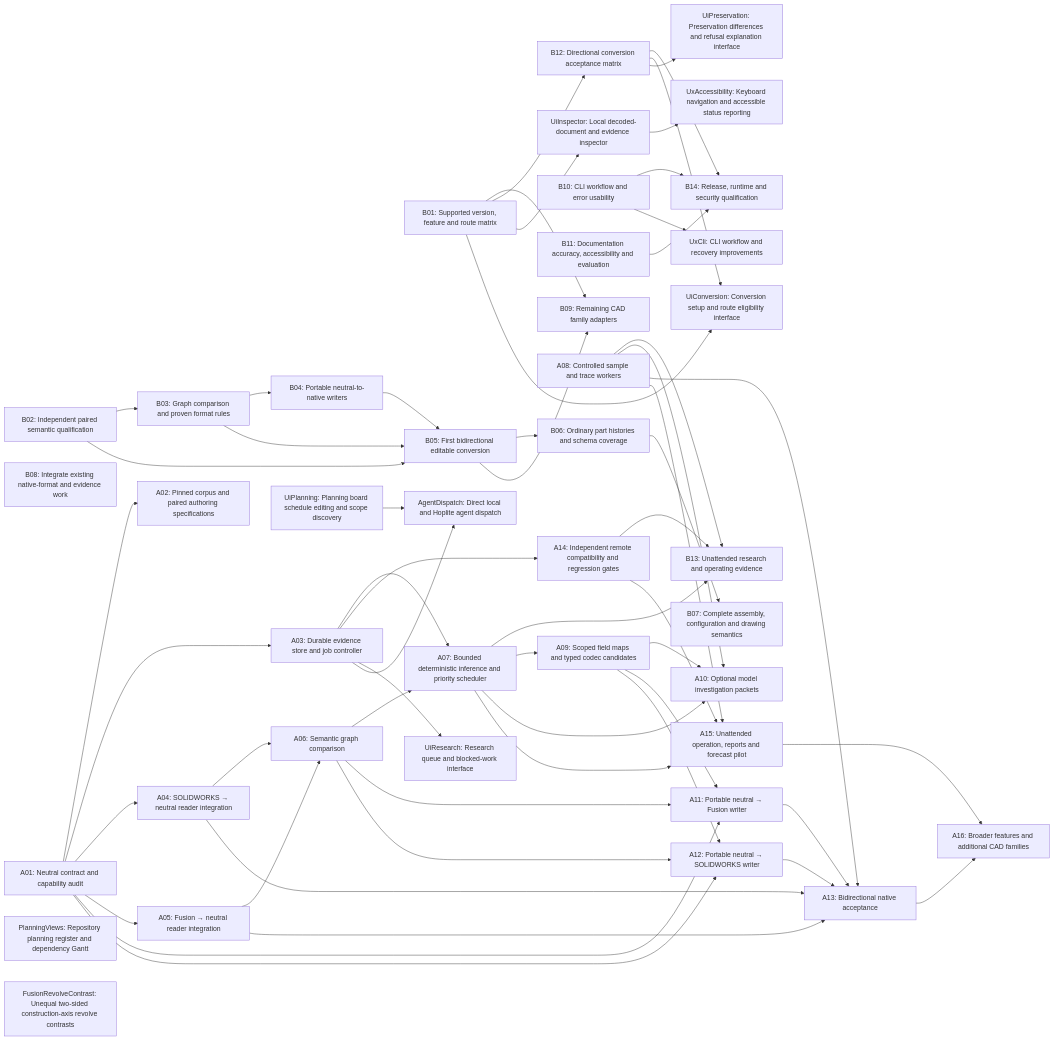
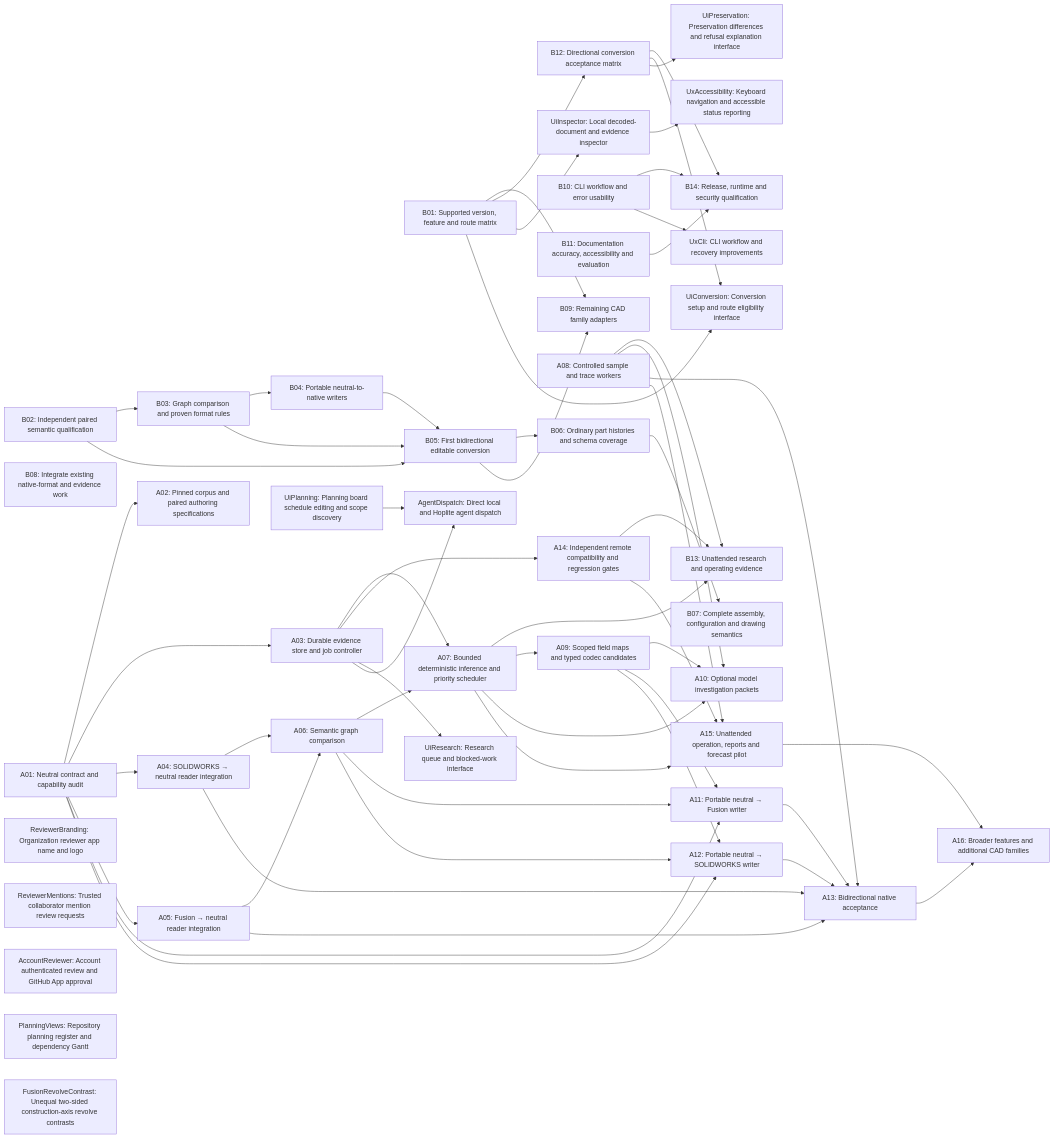
One commit to TryUniCAD/Kit changed the diagram in Documentation/Planning/Generated/Dependencies.mmd. Above: the diagram before and after it, drawn with Mermaid. The commit also changed 65 other files, not shown here.

First line of the commit message:
feat(review): replace comment reviews with an account authenticated github app (#399)

```diff
--- a/Documentation/Planning/Generated/Dependencies.mmd
+++ b/Documentation/Planning/Generated/Dependencies.mmd
@@ -1,95 +1,98 @@
 flowchart LR
   B01["B01: Supported version, feature and route matrix"]
   B02["B02: Independent paired semantic qualification"]
   B03["B03: Graph comparison and proven format rules"]
   B02 --> B03
   B04["B04: Portable neutral-to-native writers"]
   B03 --> B04
   B05["B05: First bidirectional editable conversion"]
   B02 --> B05
   B03 --> B05
   B04 --> B05
   B06["B06: Ordinary part histories and schema coverage"]
   B05 --> B06
   B07["B07: Complete assembly, configuration and drawing semantics"]
   B06 --> B07
   B08["B08: Integrate existing native-format and evidence work"]
   B09["B09: Remaining CAD family adapters"]
   B01 --> B09
   B05 --> B09
   B10["B10: CLI workflow and error usability"]
   B11["B11: Documentation accuracy, accessibility and evaluation"]
   B12["B12: Directional conversion acceptance matrix"]
   B01 --> B12
   B13["B13: Unattended research and operating evidence"]
   A07 --> B13
   A08 --> B13
   A14 --> B13
   B14["B14: Release, runtime and security qualification"]
   B10 --> B14
   B11 --> B14
   B12 --> B14
   A01["A01: Neutral contract and capability audit"]
   A02["A02: Pinned corpus and paired authoring specifications"]
   A01 --> A02
   A03["A03: Durable evidence store and job controller"]
   A01 --> A03
   A04["A04: SOLIDWORKS → neutral reader integration"]
   A01 --> A04
   A05["A05: Fusion → neutral reader integration"]
   A01 --> A05
   A06["A06: Semantic graph comparison"]
   A04 --> A06
   A05 --> A06
   A07["A07: Bounded deterministic inference and priority scheduler"]
   A03 --> A07
   A06 --> A07
   A08["A08: Controlled sample and trace workers"]
   A09["A09: Scoped field maps and typed codec candidates"]
   A07 --> A09
   A10["A10: Optional model investigation packets"]
   A07 --> A10
   A08 --> A10
   A09 --> A10
   A11["A11: Portable neutral → Fusion writer"]
   A01 --> A11
   A06 --> A11
   A09 --> A11
   A12["A12: Portable neutral → SOLIDWORKS writer"]
   A01 --> A12
   A06 --> A12
   A09 --> A12
   A13["A13: Bidirectional native acceptance"]
   A04 --> A13
   A05 --> A13
   A08 --> A13
   A11 --> A13
   A12 --> A13
   A14["A14: Independent remote compatibility and regression gates"]
   A03 --> A14
   A15["A15: Unattended operation, reports and forecast pilot"]
   A07 --> A15
   A08 --> A15
   A14 --> A15
   A16["A16: Broader features and additional CAD families"]
   A13 --> A16
   A15 --> A16
+  ReviewerBranding["ReviewerBranding: Organization reviewer app name and logo"]
+  ReviewerMentions["ReviewerMentions: Trusted collaborator mention review requests"]
+  AccountReviewer["AccountReviewer: Account authenticated review and GitHub App approval"]
   PlanningViews["PlanningViews: Repository planning register and dependency Gantt"]
   FusionRevolveContrast["FusionRevolveContrast: Unequal two-sided construction-axis revolve contrasts"]
   UiInspector["UiInspector: Local decoded-document and evidence inspector"]
   B01 --> UiInspector
   UiConversion["UiConversion: Conversion setup and route eligibility interface"]
   B01 --> UiConversion
   B12 --> UiConversion
   UiPreservation["UiPreservation: Preservation differences and refusal explanation interface"]
   B12 --> UiPreservation
   UiResearch["UiResearch: Research queue and blocked-work interface"]
   A03 --> UiResearch
   UxAccessibility["UxAccessibility: Keyboard navigation and accessible status reporting"]
   UiInspector --> UxAccessibility
   UxCli["UxCli: CLI workflow and recovery improvements"]
   B10 --> UxCli
   UiPlanning["UiPlanning: Planning board schedule editing and scope discovery"]
   AgentDispatch["AgentDispatch: Direct local and Hoplite agent dispatch"]
   A03 --> AgentDispatch
   UiPlanning --> AgentDispatch
```
